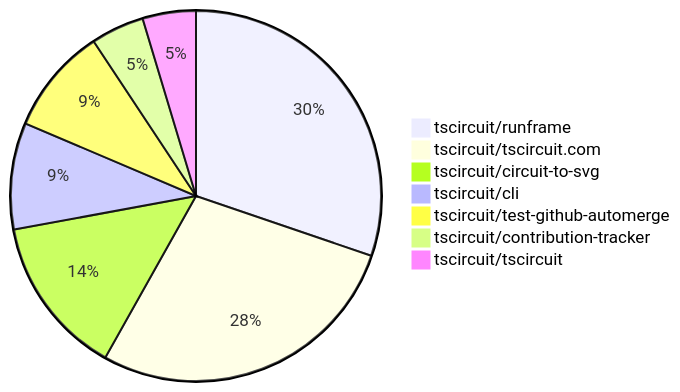
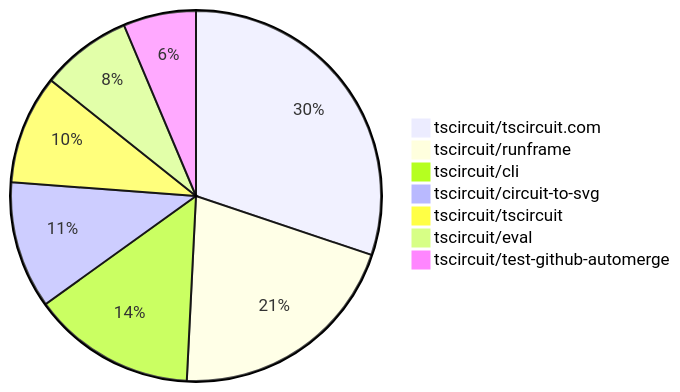
The second of 2 diagrams in README.md (tscircuit/contribution-tracker), drawn with Mermaid before and after one commit. The commit also changed other lines of this file and 3 other files, not shown here.

````diff
--- a/README.md
+++ b/README.md
@@ -97,10 +107,10 @@
 ```mermaid
 pie
+    "tscircuit/tscircuit.com" : 19
     "tscircuit/runframe" : 13
-    "tscircuit/tscircuit.com" : 12
-    "tscircuit/circuit-to-svg" : 6
-    "tscircuit/cli" : 4
+    "tscircuit/cli" : 9
+    "tscircuit/circuit-to-svg" : 7
+    "tscircuit/tscircuit" : 6
+    "tscircuit/eval" : 5
     "tscircuit/test-github-automerge" : 4
-    "tscircuit/contribution-tracker" : 2
-    "tscircuit/tscircuit" : 2
 ```
````
